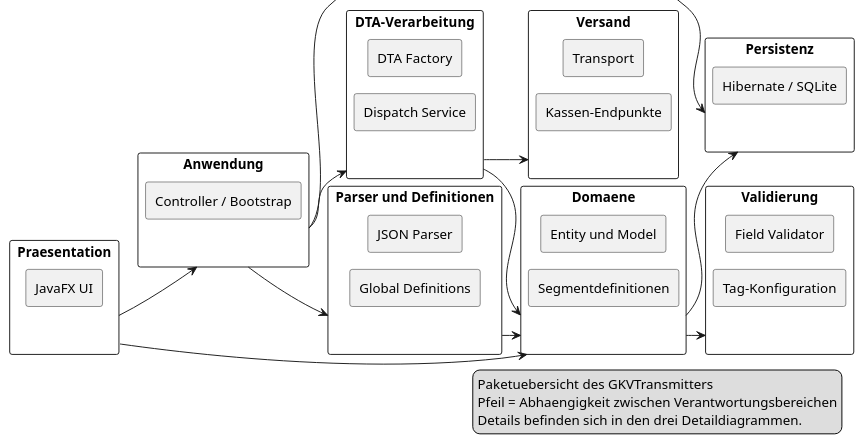
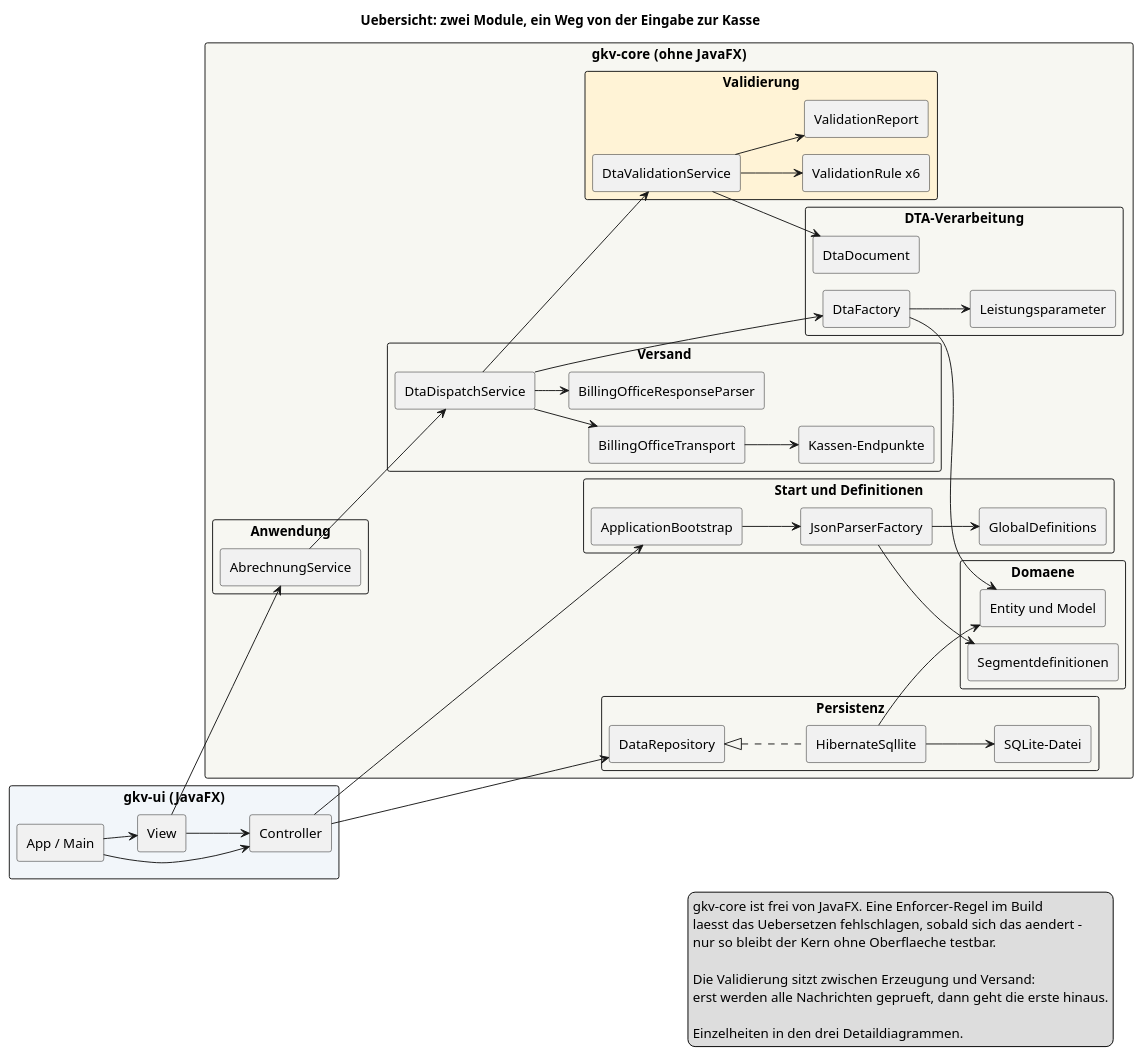
One commit to Gulaschkanister/Health-insurance-claims changed the diagram in GKVTransmitter/Information/Projektklassen.puml. Above: the diagram before and after it, drawn with PlantUML. The commit also changed 12 other files, not shown here.

```diff
--- a/GKVTransmitter/Information/Projektklassen.puml
+++ b/GKVTransmitter/Information/Projektklassen.puml
@@ -1,55 +1,93 @@
 @startuml GKVTransmitter_Uebersicht
 !pragma layout smetana
 left to right direction
 skinparam packageStyle rectangle
 skinparam shadowing false
 skinparam linetype ortho
 skinparam componentStyle rectangle
 
-package "Praesentation" as presentation {
-  [JavaFX UI]
-}
-package "Anwendung" as application {
-  [Controller / Bootstrap]
-}
-package "Parser und Definitionen" as parsing {
-  [JSON Parser]
-  [Global Definitions]
-}
-package "Domaene" as domain {
-  [Entity und Model]
-  [Segmentdefinitionen]
-}
-package "DTA-Verarbeitung" as dta {
-  [DTA Factory]
-  [Dispatch Service]
-}
-package "Versand" as dispatch {
-  [Transport]
-  [Kassen-Endpunkte]
-}
-package "Persistenz" as persistence {
-  [Hibernate / SQLite]
-}
-package "Validierung" as validation {
-  [Field Validator]
-  [Tag-Konfiguration]
+title Uebersicht: zwei Module, ein Weg von der Eingabe zur Kasse
+
+package "gkv-ui  (JavaFX)" as ui #F2F6FA {
+  [App / Main]
+  [View]
+  [Controller]
 }
 
-presentation --> application
-presentation --> domain
-application --> parsing
-application --> persistence
-parsing --> domain
-domain --> validation
-application --> dta
-dta --> domain
-dta --> dispatch
-domain --> persistence
+package "gkv-core  (ohne JavaFX)" as core #F7F7F2 {
+
+  package "Anwendung" as application {
+    [AbrechnungService]
+  }
+  package "Start und Definitionen" as parsing {
+    [ApplicationBootstrap]
+    [JsonParserFactory]
+    [GlobalDefinitions]
+  }
+  package "Domaene" as domain {
+    [Entity und Model]
+    [Segmentdefinitionen]
+  }
+  package "DTA-Verarbeitung" as dta {
+    [DtaFactory]
+    [DtaDocument]
+    [Leistungsparameter]
+  }
+  package "Validierung" as validation #FFF3D6 {
+    [DtaValidationService]
+    [ValidationRule x6]
+    [ValidationReport]
+  }
+  package "Versand" as dispatch {
+    [DtaDispatchService]
+    [BillingOfficeTransport]
+    [Kassen-Endpunkte]
+    [BillingOfficeResponseParser]
+  }
+  package "Persistenz" as persistence {
+    [DataRepository]
+    [HibernateSqllite]
+    [SQLite-Datei]
+  }
+}
+
+[App / Main] --> [View]
+[App / Main] --> [Controller]
+[View] --> [Controller]
+[View] --> [AbrechnungService]
+[Controller] --> [ApplicationBootstrap]
+[Controller] --> [DataRepository]
+
+[ApplicationBootstrap] --> [JsonParserFactory]
+[JsonParserFactory] --> [GlobalDefinitions]
+[JsonParserFactory] --> [Segmentdefinitionen]
+
+[AbrechnungService] --> [DtaDispatchService]
+[DtaDispatchService] --> [DtaFactory]
+[DtaFactory] --> [Entity und Model]
+[DtaFactory] --> [Leistungsparameter]
+
+[DtaDispatchService] --> [DtaValidationService]
+[DtaValidationService] --> [DtaDocument]
+[DtaValidationService] --> [ValidationRule x6]
+[DtaValidationService] --> [ValidationReport]
+
+[DtaDispatchService] --> [BillingOfficeTransport]
+[BillingOfficeTransport] --> [Kassen-Endpunkte]
+[DtaDispatchService] --> [BillingOfficeResponseParser]
+
+[DataRepository] <|.. [HibernateSqllite]
+[HibernateSqllite] --> [SQLite-Datei]
+[HibernateSqllite] --> [Entity und Model]
 
 legend right
-  Paketuebersicht des GKVTransmitters
-  Pfeil = Abhaengigkeit zwischen Verantwortungsbereichen
-  Details befinden sich in den drei Detaildiagrammen.
+  gkv-core ist frei von JavaFX. Eine Enforcer-Regel im Build
+  laesst das Uebersetzen fehlschlagen, sobald sich das aendert -
+  nur so bleibt der Kern ohne Oberflaeche testbar.
+
+  Die Validierung sitzt zwischen Erzeugung und Versand:
+  erst werden alle Nachrichten geprueft, dann geht die erste hinaus.
+
+  Einzelheiten in den drei Detaildiagrammen.
 endlegend
 @enduml
```
